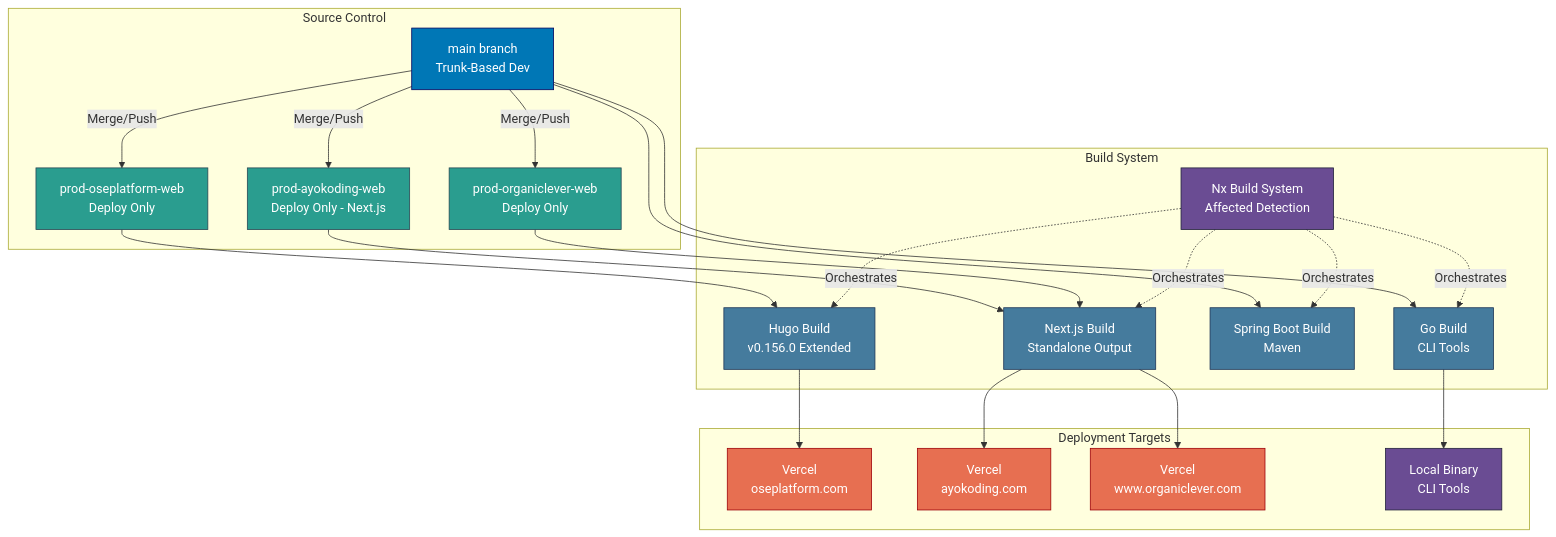
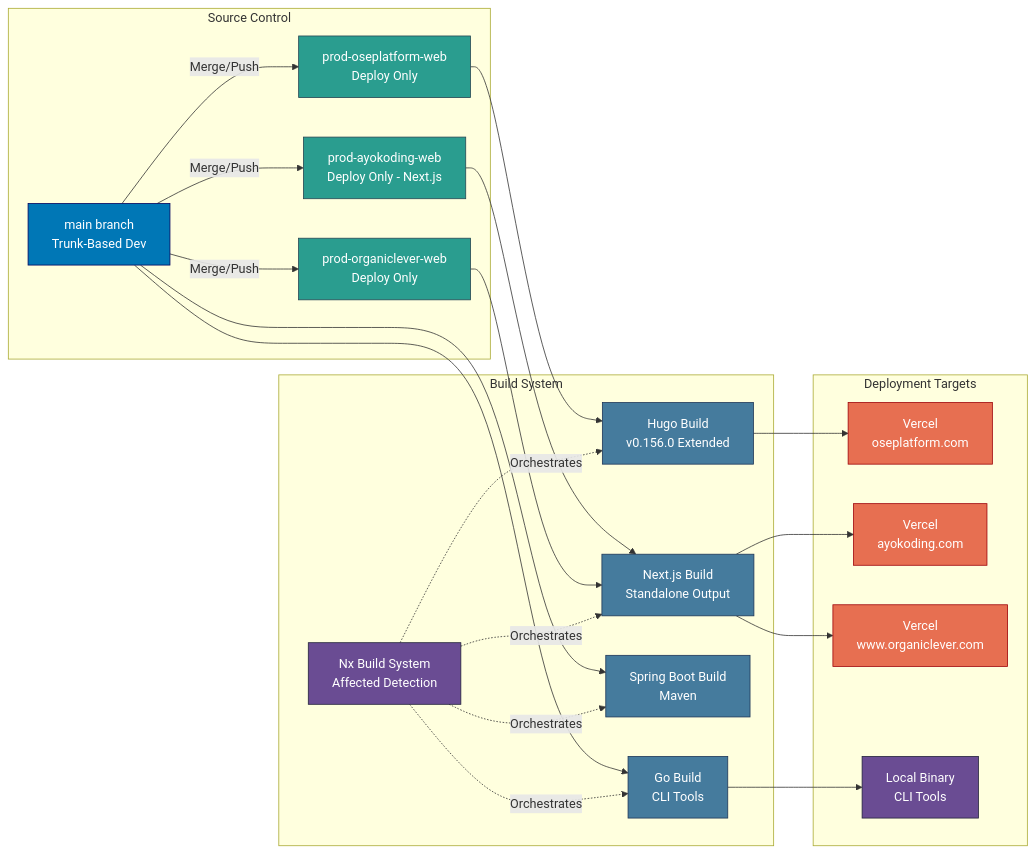
One commit to wahidyankf/open-sharia-enterprise changed the diagram in docs/reference/system-architecture/deployment.md. Above: the diagram before and after it, drawn with Mermaid. The commit also changed 9 other files, not shown here.

First line of the commit message:
fix(docs): fix mermaid violations in architecture docs

````diff
--- a/docs/reference/system-architecture/deployment.md
+++ b/docs/reference/system-architecture/deployment.md
@@ -18,58 +18,58 @@
 ```mermaid
-graph TB
+graph LR
     subgraph "Source Control"
         MAIN[main branch<br/>Trunk-Based Dev]
         PROD_OSE[prod-oseplatform-web<br/>Deploy Only]
         PROD_AYO[prod-ayokoding-web<br/>Deploy Only - Next.js]
         PROD_OL[prod-organiclever-web<br/>Deploy Only]
     end
 
     subgraph "Build System"
         NX_BUILD[Nx Build System<br/>Affected Detection]
         HUGO_BUILD[Hugo Build<br/>v0.156.0 Extended]
         NEXT_BUILD[Next.js Build<br/>Standalone Output]
         SPRING_BUILD[Spring Boot Build<br/>Maven]
         GO_BUILD[Go Build<br/>CLI Tools]
     end
 
     subgraph "Deployment Targets"
         VERCEL_OSE[Vercel<br/>oseplatform.com]
         VERCEL_AYO[Vercel<br/>ayokoding.com]
         VERCEL_OL[Vercel<br/>www.organiclever.com]
         LOCAL[Local Binary<br/>CLI Tools]
     end
 
     MAIN -->|Merge/Push| PROD_OSE
     MAIN -->|Merge/Push| PROD_AYO
     MAIN -->|Merge/Push| PROD_OL
 
     PROD_OSE --> HUGO_BUILD
     PROD_AYO --> NEXT_BUILD
     PROD_OL --> NEXT_BUILD
     MAIN --> GO_BUILD
     MAIN --> SPRING_BUILD
 
     HUGO_BUILD --> VERCEL_OSE
     NEXT_BUILD --> VERCEL_AYO
     NEXT_BUILD --> VERCEL_OL
     GO_BUILD --> LOCAL
 
     NX_BUILD -.->|Orchestrates| HUGO_BUILD
     NX_BUILD -.->|Orchestrates| NEXT_BUILD
     NX_BUILD -.->|Orchestrates| SPRING_BUILD
     NX_BUILD -.->|Orchestrates| GO_BUILD
 
     style MAIN fill:#0077b6,stroke:#03045e,color:#ffffff
     style PROD_OSE fill:#2a9d8f,stroke:#264653,color:#ffffff
     style PROD_AYO fill:#2a9d8f,stroke:#264653,color:#ffffff
     style PROD_OL fill:#2a9d8f,stroke:#264653,color:#ffffff
     style NX_BUILD fill:#6a4c93,stroke:#22223b,color:#ffffff
     style HUGO_BUILD fill:#457b9d,stroke:#1d3557,color:#ffffff
     style NEXT_BUILD fill:#457b9d,stroke:#1d3557,color:#ffffff
     style SPRING_BUILD fill:#457b9d,stroke:#1d3557,color:#ffffff
     style GO_BUILD fill:#457b9d,stroke:#1d3557,color:#ffffff
     style VERCEL_OSE fill:#e76f51,stroke:#9d0208,color:#ffffff
     style VERCEL_AYO fill:#e76f51,stroke:#9d0208,color:#ffffff
     style VERCEL_OL fill:#e76f51,stroke:#9d0208,color:#ffffff
     style LOCAL fill:#6a4c93,stroke:#22223b,color:#ffffff
 ```
````
